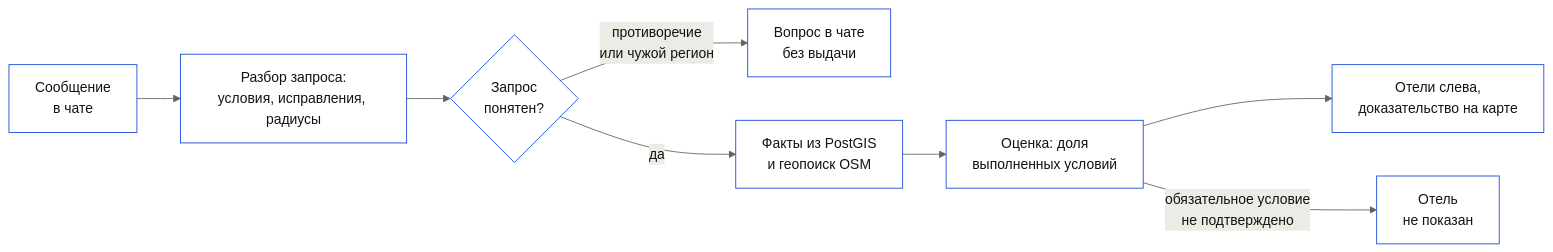
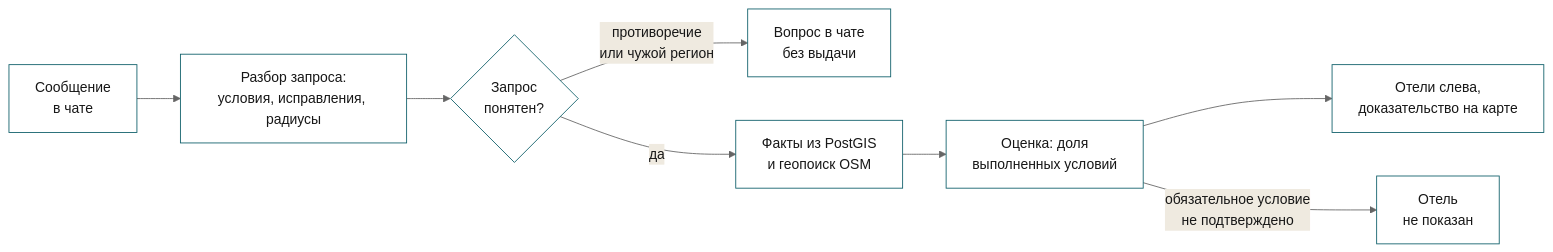
The diagram in README.md (GoatWhistle/ostrovok), drawn with Mermaid before and after one commit. The commit also changed 47 other files, not shown here.

Commit message:
docs(readme): repaint badges and diagrams in the current palette

````diff
--- a/README.md
+++ b/README.md
@@ -87,11 +87,11 @@
 ```mermaid
-%%{init: {"theme":"base","themeVariables":{"primaryColor":"#ffffff","primaryTextColor":"#12140f","primaryBorderColor":"#1546db","secondaryColor":"#eaece5","tertiaryColor":"#f4f5f1","lineColor":"#61665a","textColor":"#12140f","noteBkgColor":"#eaece5","noteTextColor":"#4a4e44","actorBkg":"#ffffff","actorBorder":"#1546db","fontFamily":"Manrope Variable"}}}%%
+%%{init: {"theme":"base","themeVariables":{"primaryColor":"#ffffff","primaryTextColor":"#171717","primaryBorderColor":"#0f5f6a","secondaryColor":"#efeae0","tertiaryColor":"#f7f4ed","lineColor":"#656565","textColor":"#171717","noteBkgColor":"#efeae0","noteTextColor":"#535353","actorBkg":"#ffffff","actorBorder":"#0f5f6a","fontFamily":"Manrope Variable"}}}%%
 flowchart LR
     A["Сообщение<br/>в чате"] --> B["Разбор запроса:<br/>условия, исправления, радиусы"]
     B --> C{"Запрос<br/>понятен?"}
     C -- "противоречие<br/>или чужой регион" --> R["Вопрос в чате<br/>без выдачи"]
     C -- "да" --> D["Факты из PostGIS<br/>и геопоиск OSM"]
     D --> E["Оценка: доля<br/>выполненных условий"]
     E --> F["Отели слева,<br/>доказательство на карте"]
     E -- "обязательное условие<br/>не подтверждено" --> G["Отель<br/>не показан"]
 ```
````
